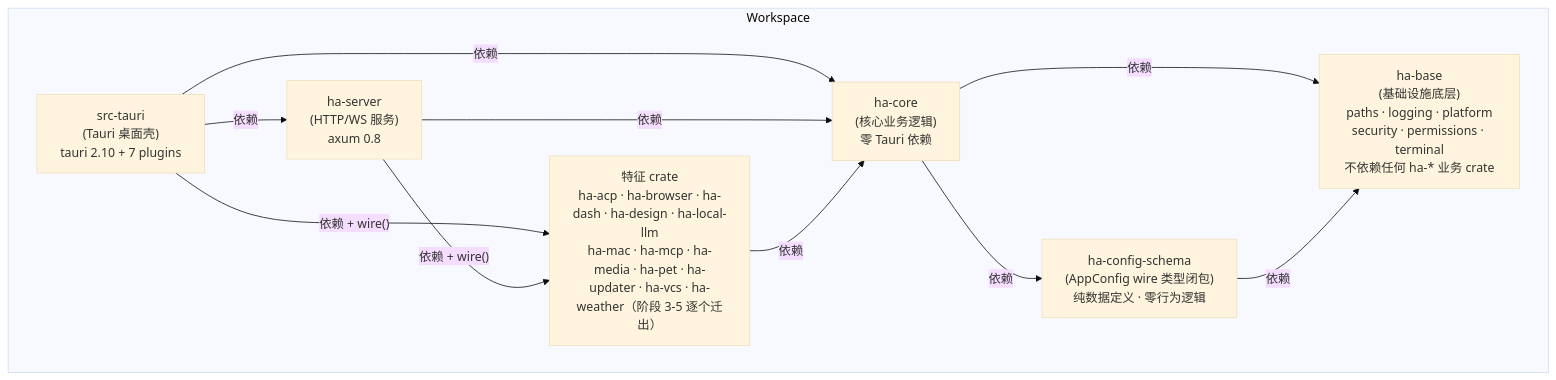
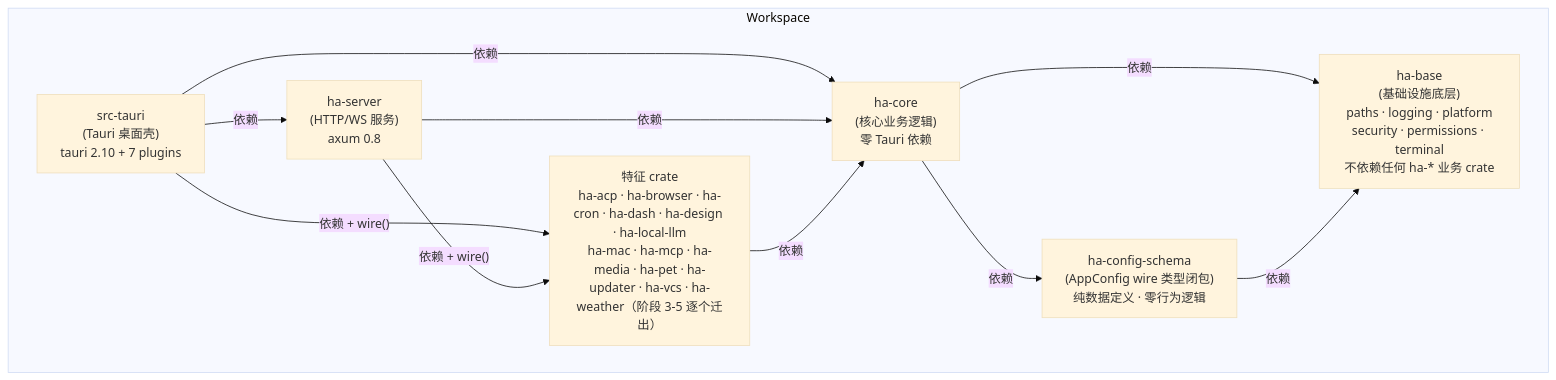
The first of 6 diagrams in docs/architecture/backend-separation.md (shiwenwen/hope-agent), drawn with Mermaid (base theme) before and after one commit. The commit also changed other lines of this file and 54 other files, not shown here.

First line of the commit message:
refactor(crate-split): 阶段 5 第三刀，cron 机器层拆出 ha-cron

````diff
--- a/docs/architecture/backend-separation.md
+++ b/docs/architecture/backend-separation.md
@@ -15,22 +15,22 @@
 ```mermaid
 graph TD
     subgraph Workspace
         HA_TAURI["src-tauri<br/>(Tauri 桌面壳)<br/>tauri 2.10 + 7 plugins"]
         HA_SERVER["ha-server<br/>(HTTP/WS 服务)<br/>axum 0.8"]
-        HA_FEAT["特征 crate<br/>ha-acp · ha-browser · ha-dash · ha-design · ha-local-llm<br/>ha-mac · ha-mcp · ha-media · ha-pet · ha-updater · ha-vcs · ha-weather（阶段 3-5 逐个迁出）"]
+        HA_FEAT["特征 crate<br/>ha-acp · ha-browser · ha-cron · ha-dash · ha-design · ha-local-llm<br/>ha-mac · ha-mcp · ha-media · ha-pet · ha-updater · ha-vcs · ha-weather（阶段 3-5 逐个迁出）"]
         HA_CORE["ha-core<br/>(核心业务逻辑)<br/>零 Tauri 依赖"]
         HA_SCHEMA["ha-config-schema<br/>(AppConfig wire 类型闭包)<br/>纯数据定义 · 零行为逻辑"]
         HA_BASE["ha-base<br/>(基础设施底层)<br/>paths · logging · platform<br/>security · permissions · terminal<br/>不依赖任何 ha-* 业务 crate"]
     end
 
     HA_TAURI -->|"依赖"| HA_SERVER
     HA_TAURI -->|"依赖 + wire()"| HA_FEAT
     HA_TAURI -->|"依赖"| HA_CORE
     HA_SERVER -->|"依赖 + wire()"| HA_FEAT
     HA_SERVER -->|"依赖"| HA_CORE
     HA_FEAT -->|"依赖"| HA_CORE
     HA_CORE -->|"依赖"| HA_SCHEMA
     HA_CORE -->|"依赖"| HA_BASE
     HA_SCHEMA -->|"依赖"| HA_BASE
 
 ```
````
